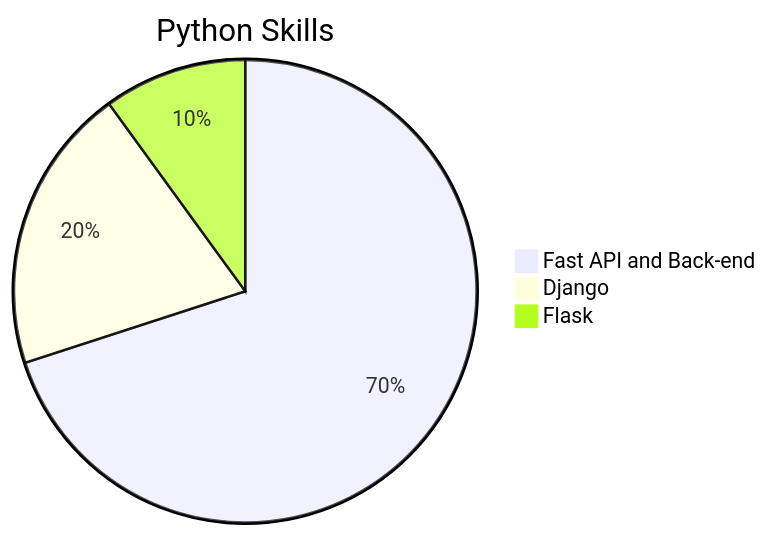
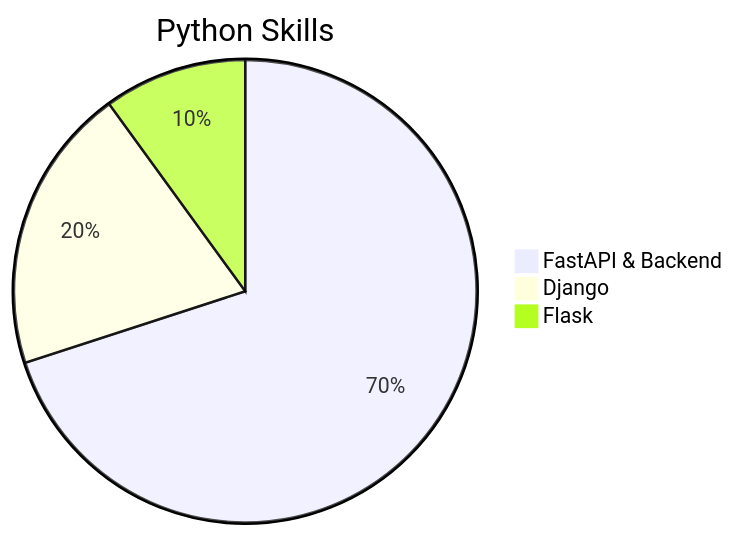
The first of 2 diagrams in README.md (Mahdy-Ahmadi/Mahdy-Ahmadi), drawn with Mermaid before and after one commit. The commit also changed other lines of this file, not shown here.

````diff
--- a/README.md
+++ b/README.md
@@ -20,7 +33,7 @@
 ```mermaid
 pie
-    title Python Skills
-    "Fast API and Back-end": 70
-    "Django": 20
-    "Flask": 10
+title Python Skills
+"FastAPI & Backend": 70
+"Django": 20
+"Flask": 10
 ```
````
